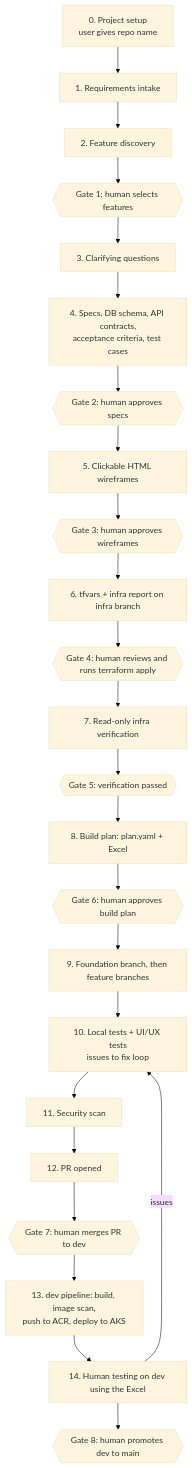
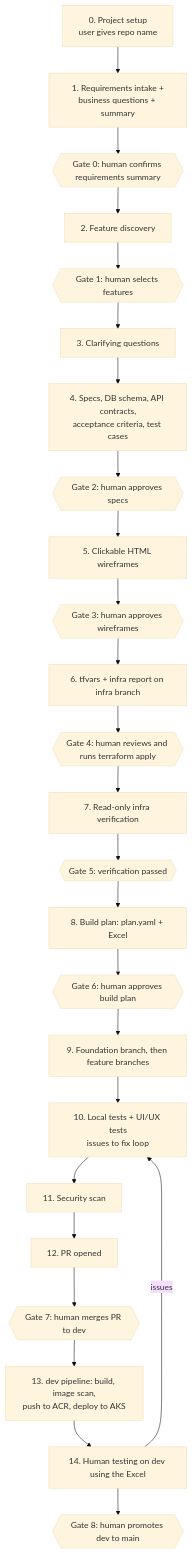
One commit to buildwithsahil-x/software-factory changed the diagram in docs/PLAN.md. Above: the diagram before and after it, drawn with Mermaid (base theme). The commit also changed other lines of this file, not shown here.

First line of the commit message:
Plan: add requirements-understanding step (Gate 0) and execution model

````diff
--- a/docs/PLAN.md
+++ b/docs/PLAN.md
@@ -61,26 +61,27 @@
 ```mermaid
 flowchart TD
-    A[0. Project setup<br/>user gives repo name] --> B[1. Requirements intake]
-    B --> C[2. Feature discovery]
+    A[0. Project setup<br/>user gives repo name] --> B[1. Requirements intake +<br/>business questions + summary]
+    B --> G0{{Gate 0: human confirms requirements summary}}
+    G0 --> C[2. Feature discovery]
     C --> G1{{Gate 1: human selects features}}
     G1 --> D[3. Clarifying questions]
     D --> E[4. Specs, DB schema, API contracts,<br/>acceptance criteria, test cases]
     E --> G2{{Gate 2: human approves specs}}
     G2 --> F[5. Clickable HTML wireframes]
     F --> G3{{Gate 3: human approves wireframes}}
     G3 --> H[6. tfvars + infra report on infra branch]
     H --> G4{{Gate 4: human reviews and runs terraform apply}}
     G4 --> I[7. Read-only infra verification]
     I --> G5{{Gate 5: verification passed}}
     G5 --> J[8. Build plan: plan.yaml + Excel]
     J --> G6{{Gate 6: human approves build plan}}
     G6 --> K[9. Foundation branch, then feature branches]
     K --> L[10. Local tests + UI/UX tests<br/>issues to fix loop]
     L --> M[11. Security scan]
     M --> N[12. PR opened]
     N --> G7{{Gate 7: human merges PR to dev}}
     G7 --> O[13. dev pipeline: build, image scan,<br/>push to ACR, deploy to AKS]
     O --> P[14. Human testing on dev using the Excel]
     P -->|issues| L
     P --> G8{{Gate 8: human promotes dev to main}}
 ```
````
